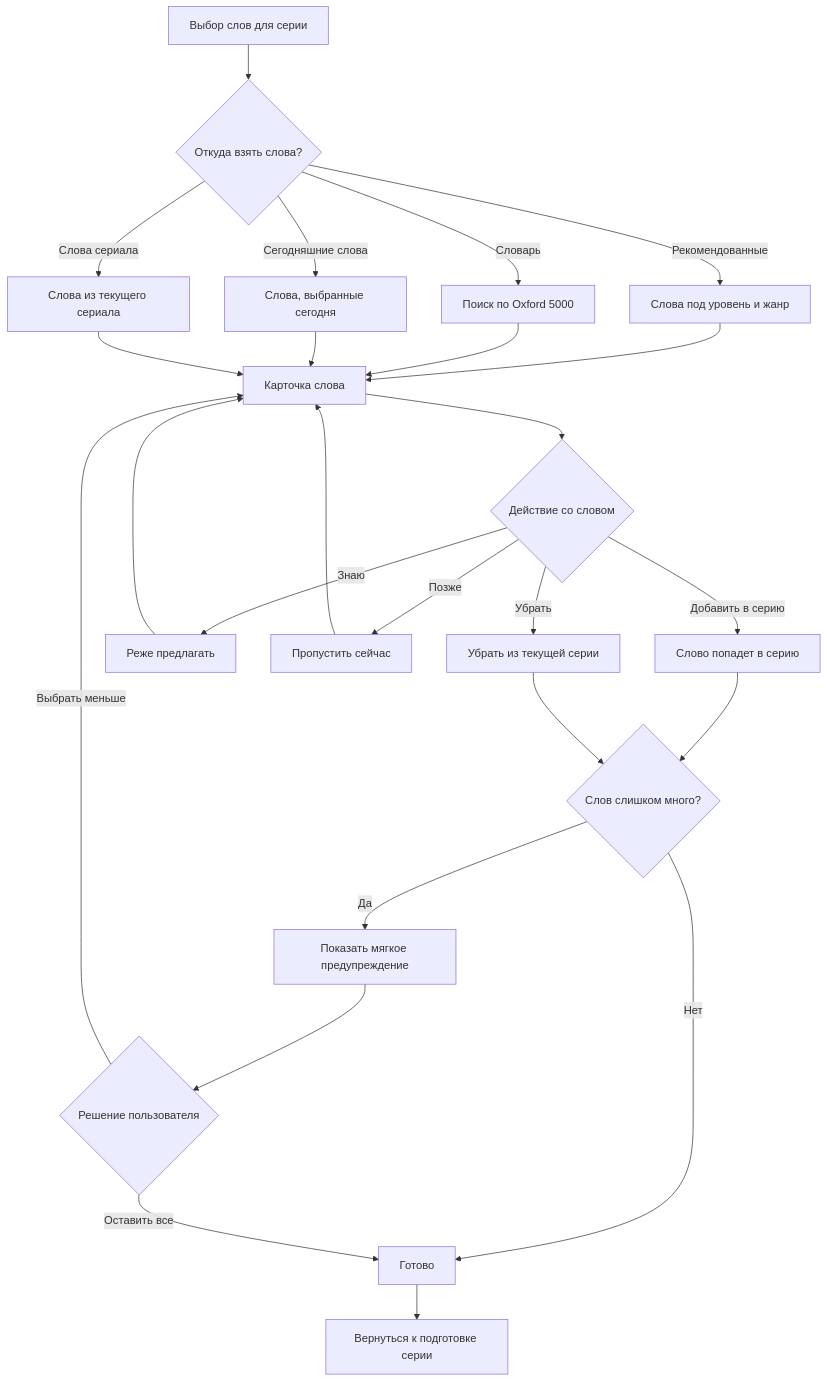
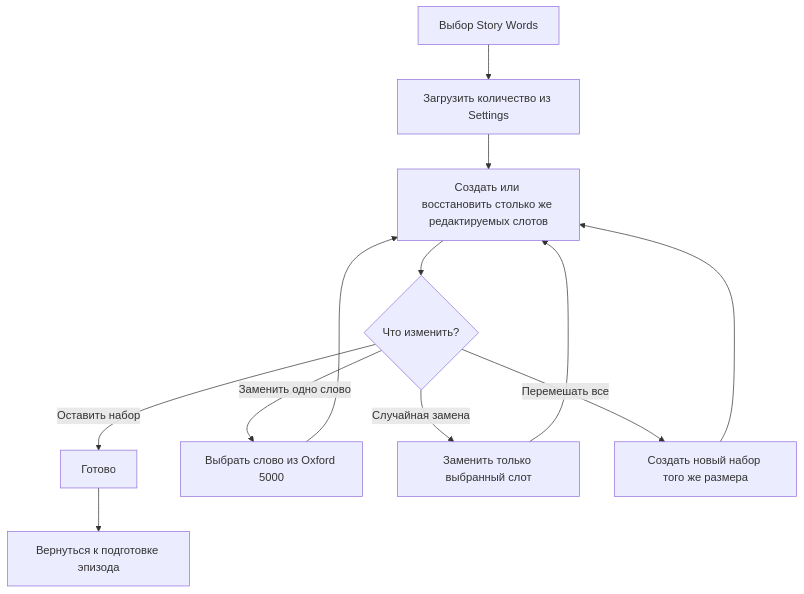
The fourth of 10 diagrams in concept/user_flow_schema.md (Gamshik/narrumi), drawn with Mermaid before and after one commit. The commit also changed other lines of this file and 14 other files, not shown here.

````diff
--- a/concept/user_flow_schema.md
+++ b/concept/user_flow_schema.md
@@ -95,33 +95,16 @@
 ```mermaid
 flowchart TD
-    A["Выбор слов для серии"] --> B{"Откуда взять слова?"}
+    A["Выбор Story Words"] --> B["Загрузить количество из Settings"]
+    B --> C["Создать или восстановить столько же редактируемых слотов"]
+    C --> D{"Что изменить?"}
 
-    B -- "Рекомендованные" --> C["Слова под уровень и жанр"]
-    B -- "Словарь" --> D["Поиск по Oxford 5000"]
-    B -- "Сегодняшние слова" --> E["Слова, выбранные сегодня"]
-    B -- "Слова сериала" --> F["Слова из текущего сериала"]
+    D -- "Оставить набор" --> E["Готово"]
+    D -- "Заменить одно слово" --> F["Выбрать слово из Oxford 5000"]
+    D -- "Случайная замена" --> G["Заменить только выбранный слот"]
+    D -- "Перемешать все" --> H["Создать новый набор того же размера"]
 
-    C --> I["Карточка слова"]
-    D --> I
-    E --> I
-    F --> I
-
-    I --> J{"Действие со словом"}
-    J -- "Добавить в серию" --> K["Слово попадет в серию"]
-    J -- "Знаю" --> L["Реже предлагать"]
-    J -- "Позже" --> M["Пропустить сейчас"]
-    J -- "Убрать" --> N["Убрать из текущей серии"]
-
-    K --> P{"Слов слишком много?"}
-    L --> I
-    M --> I
-    N --> P
-
-    P -- "Нет" --> Q["Готово"]
-    P -- "Да" --> R["Показать мягкое предупреждение"]
-    R --> S{"Решение пользователя"}
-    S -- "Оставить все" --> Q
-    S -- "Выбрать меньше" --> I
-
-    Q --> U["Вернуться к подготовке серии"]
+    F --> C
+    G --> C
+    H --> C
+    E --> I["Вернуться к подготовке эпизода"]
 ```
````
